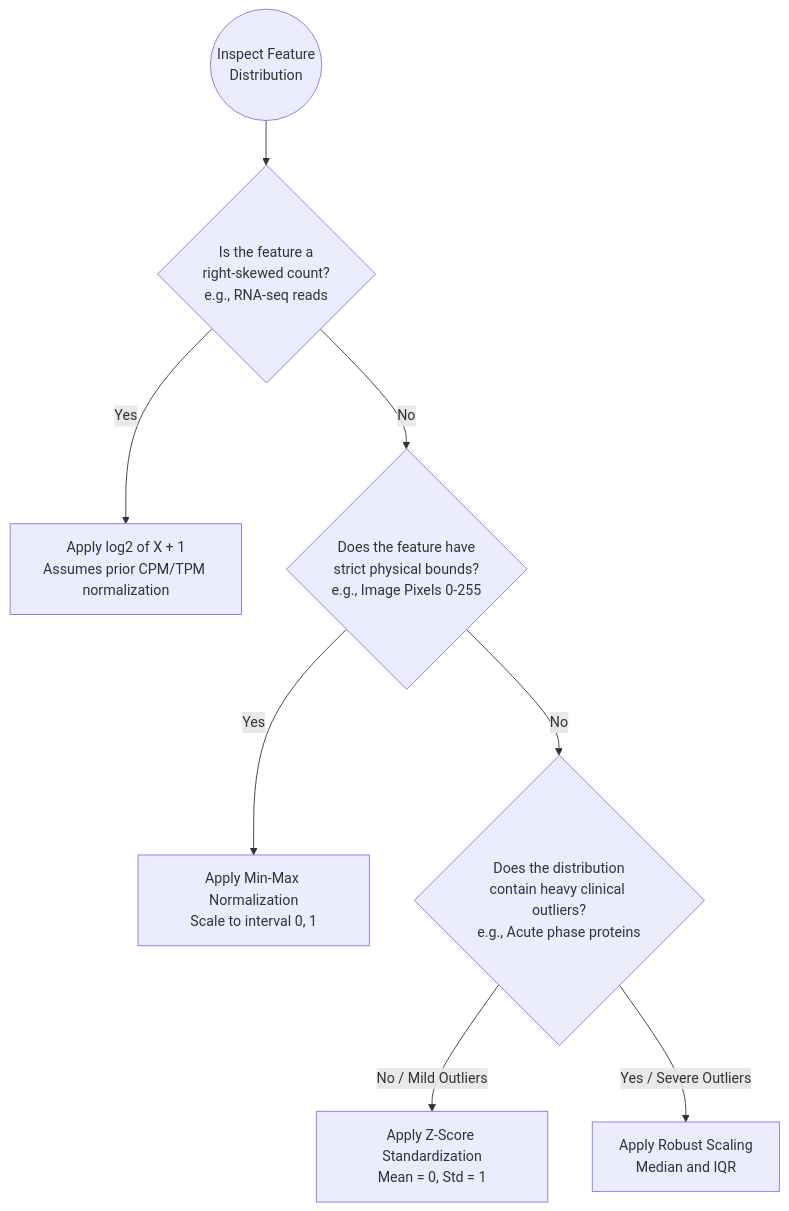
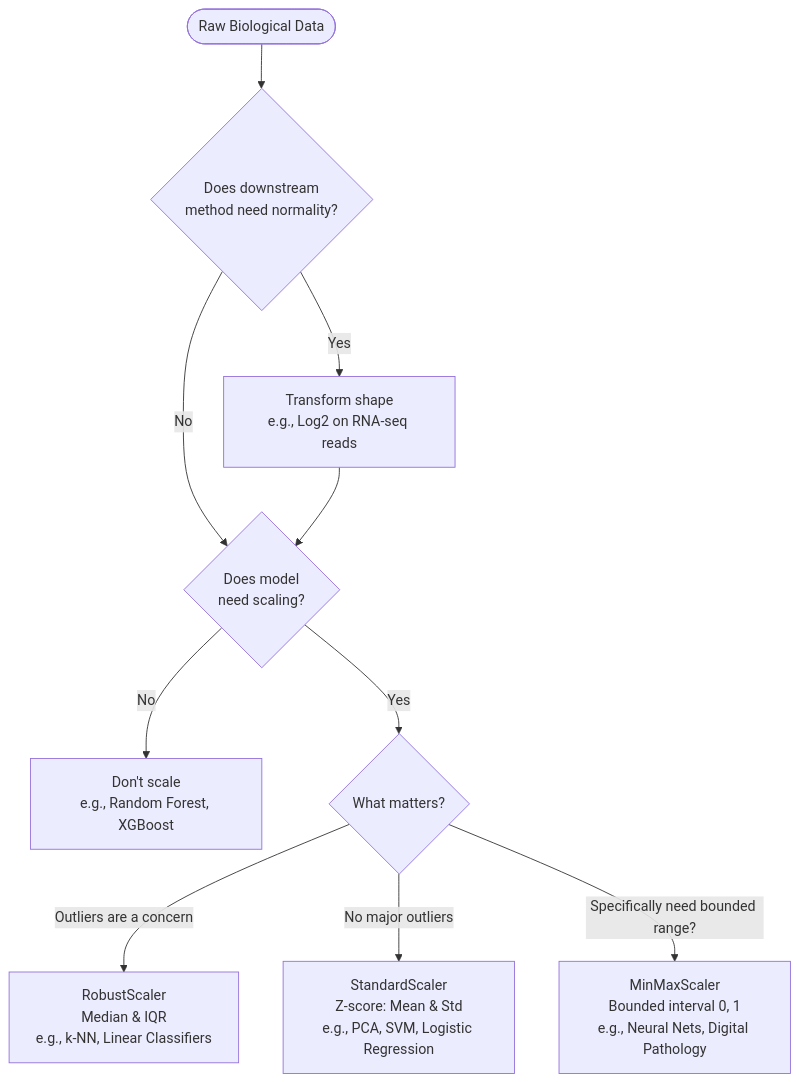
The diagram in units/unit_01_foundations/1.2_data_transformations_primer.md (BunnyBoss/GCU-AIML-Bioinformatics), drawn with Mermaid before and after one commit. The commit also changed other lines of this file and 15 other files, not shown here.

````diff
--- a/units/unit_01_foundations/1.2_data_transformations_primer.md
+++ b/units/unit_01_foundations/1.2_data_transformations_primer.md
@@ -213,13 +213,15 @@
 ```mermaid
 graph TD
-    Start((Inspect Feature<br>Distribution)) --> Q1{Is the feature a<br>right-skewed count?<br>e.g., RNA-seq reads}
+    Data([Raw Biological Data]) --> Q1{Does downstream<br>method need normality?}
     
-    Q1 -- Yes --> A1[Apply log2 of X + 1<br>Assumes prior CPM/TPM normalization]
-    Q1 -- No --> Q2{Does the feature have<br>strict physical bounds?<br>e.g., Image Pixels 0-255}
+    Q1 -- Yes --> T1[Transform shape<br>e.g., Log2 on RNA-seq reads]
+    Q1 -- No --> Q2
+    T1 --> Q2{Does model<br>need scaling?}
     
-    Q2 -- Yes --> A2[Apply Min-Max Normalization<br>Scale to interval 0, 1]
-    Q2 -- No --> Q3{Does the distribution<br>contain heavy clinical outliers?<br>e.g., Acute phase proteins}
+    Q2 -- No --> S0[Don't scale<br>e.g., Random Forest, XGBoost]
+    Q2 -- Yes --> Q3{What matters?}
     
-    Q3 -- No / Mild Outliers --> A3[Apply Z-Score Standardization<br>Mean = 0, Std = 1]
-    Q3 -- Yes / Severe Outliers --> A4[Apply Robust Scaling<br>Median and IQR]
+    Q3 -- Outliers are a concern --> S1[RobustScaler<br>Median & IQR<br>e.g., k-NN, Linear Classifiers]
+    Q3 -- No major outliers --> S2[StandardScaler<br>Z-score: Mean & Std<br>e.g., PCA, SVM, Logistic Regression]
+    Q3 -- Specifically need bounded range? --> S3[MinMaxScaler<br>Bounded interval 0, 1<br>e.g., Neural Nets, Digital Pathology]
 ```
````
